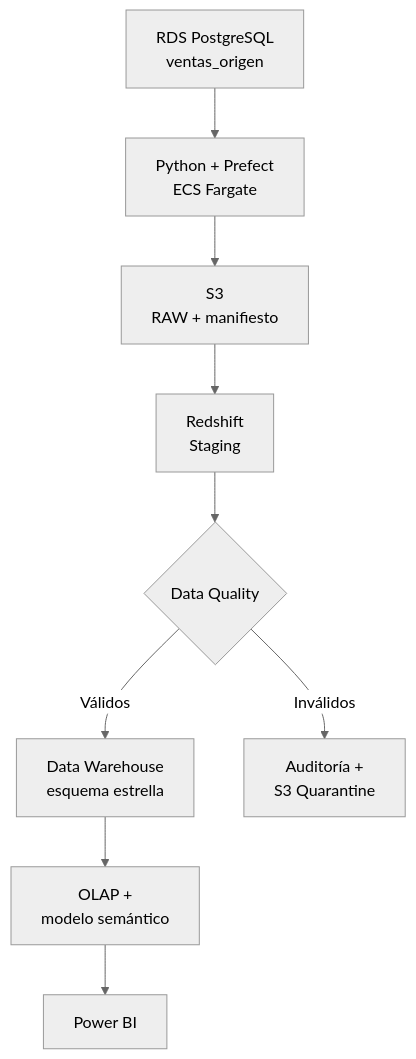
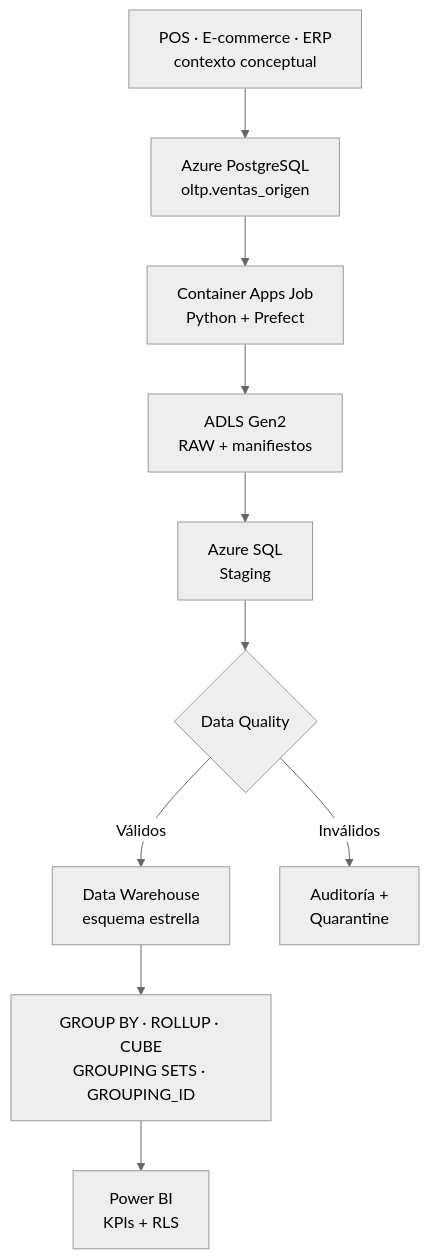
The diagram in README.md (iLioh/comercial-andina-data-platform), drawn with Mermaid (neutral theme) before and after one commit. The commit also changed other lines of this file and 50 other files, not shown here.

````diff
--- a/README.md
+++ b/README.md
@@ -13,11 +12,12 @@
 ```mermaid
 flowchart TB
-    RDS["RDS PostgreSQL<br/>ventas_origen"] --> ETL["Python + Prefect<br/>ECS Fargate"]
-    ETL --> RAW["S3<br/>RAW + manifiesto"]
-    RAW --> STG["Redshift<br/>Staging"]
+    SRC["POS · E-commerce · ERP<br/>contexto conceptual"] --> PG["Azure PostgreSQL<br/>oltp.ventas_origen"]
+    PG --> ETL["Container Apps Job<br/>Python + Prefect"]
+    ETL --> RAW["ADLS Gen2<br/>RAW + manifiestos"]
+    RAW --> STG["Azure SQL<br/>Staging"]
     STG --> DQ{"Data Quality"}
     DQ -->|Válidos| DW["Data Warehouse<br/>esquema estrella"]
-    DQ -->|Inválidos| QUAR["Auditoría +<br/>S3 Quarantine"]
-    DW --> OLAP["OLAP +<br/>modelo semántico"]
-    OLAP --> PBI["Power BI"]
+    DQ -->|Inválidos| QUAR["Auditoría +<br/>Quarantine"]
+    DW --> OLAP["GROUP BY · ROLLUP · CUBE<br/>GROUPING SETS · GROUPING_ID"]
+    OLAP --> PBI["Power BI<br/>KPIs + RLS"]
 ```
````
